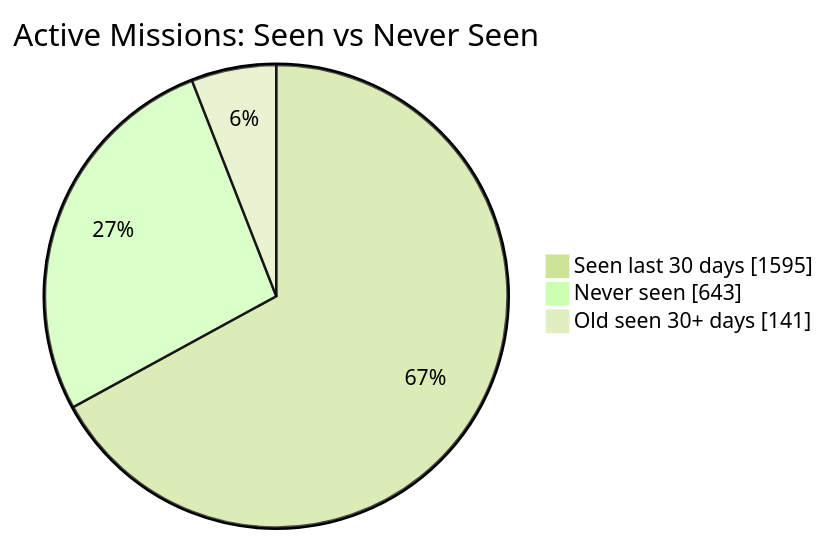
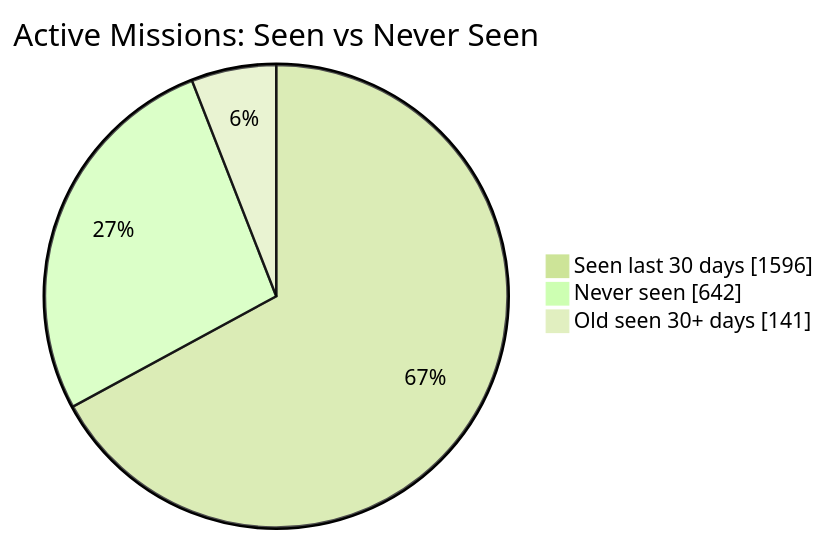
Before and after one commit to MeldkamerspelGameTeam/active-missions: the first of 2 diagrams in README.md, drawn with Mermaid (forest theme). The commit also changed other lines of this file and 2 other files, not shown here.

````diff
--- a/README.md
+++ b/README.md
@@ -34,7 +34,7 @@
 ```mermaid
 pie showData
     title Active Missions: Seen vs Never Seen
-    "Seen last 30 days" : 1595
-    "Never seen" : 643
+    "Seen last 30 days" : 1596
+    "Never seen" : 642
     "Old seen 30+ days" : 141
 ```
````
